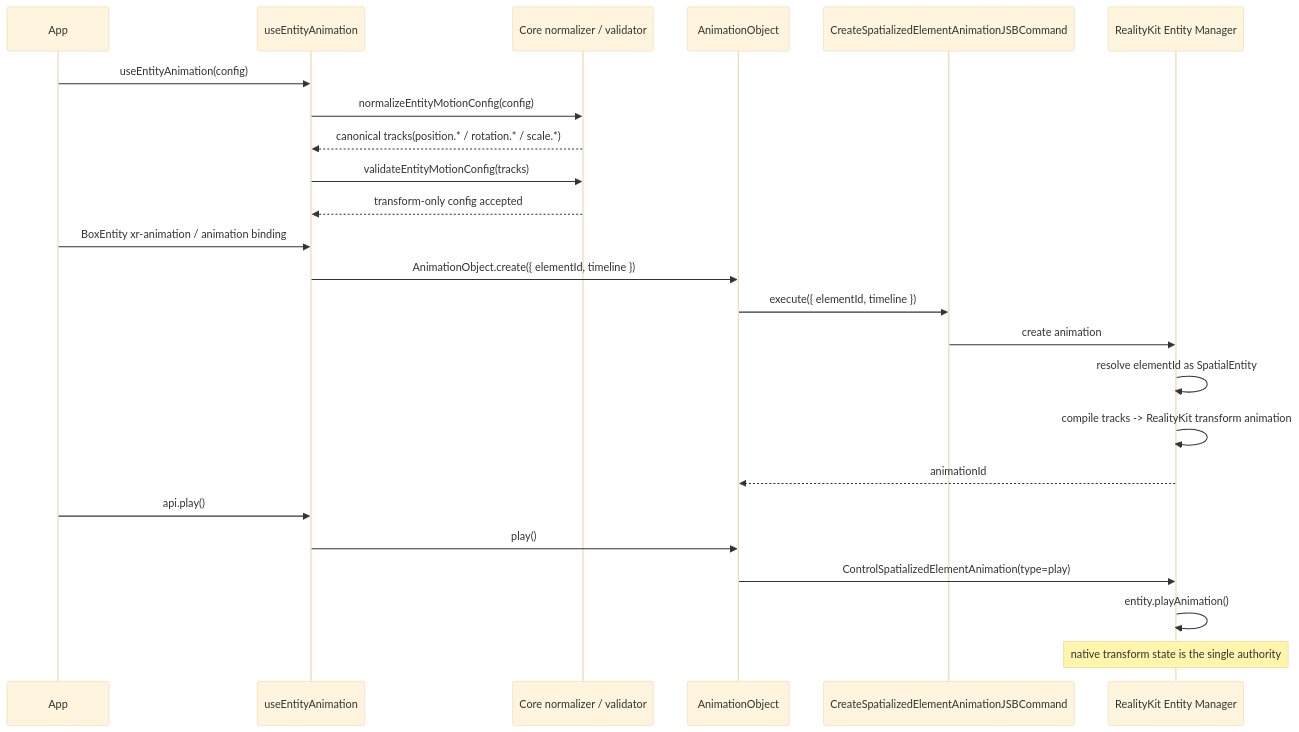
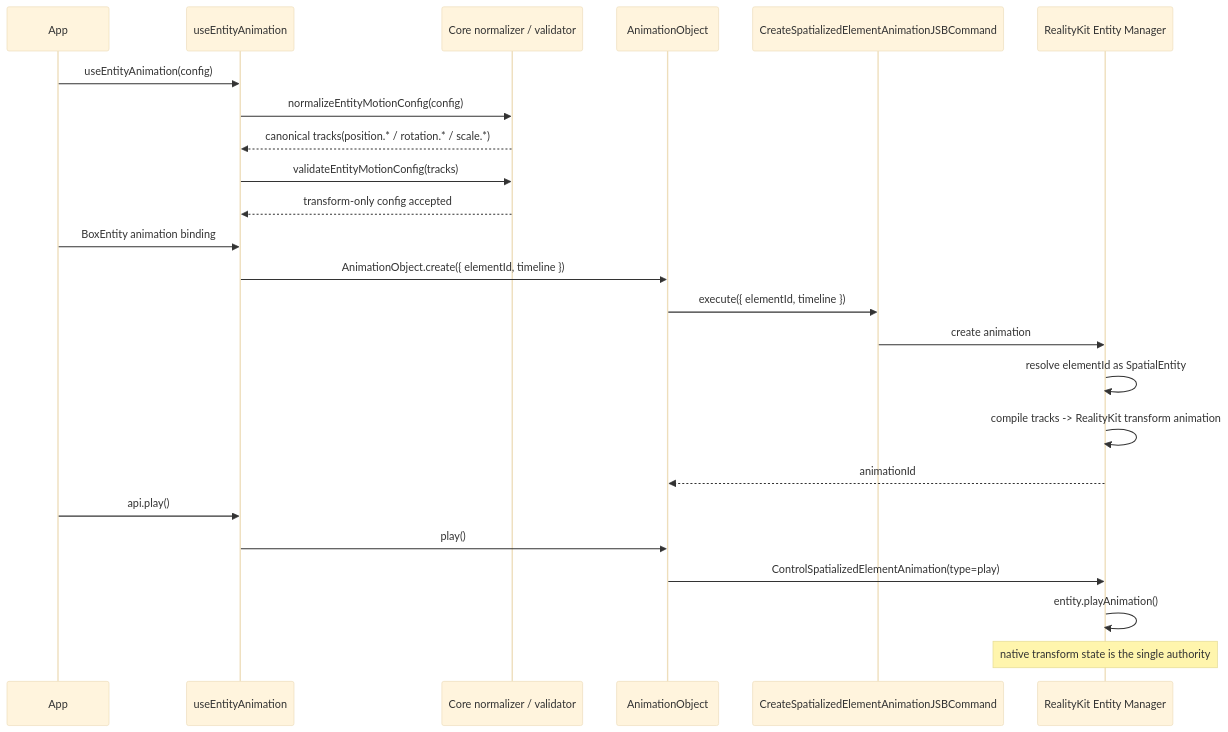
One commit to webspatial/webspatial-sdk changed the second of 11 diagrams in openspec/changes/redesign-entity-motion-api/design.md. Above: the diagram before and after it, drawn with Mermaid (base theme). The commit also changed other lines of this file and 10 other files, not shown here.

````diff
--- a/openspec/changes/redesign-entity-motion-api/design.md
+++ b/openspec/changes/redesign-entity-motion-api/design.md
@@ -234,27 +232,27 @@
 ```mermaid
 sequenceDiagram
     participant App
     participant Hook as useEntityAnimation
     participant Core as Core normalizer / validator
     participant Obj as AnimationObject
     participant JSB as CreateSpatializedElementAnimationJSBCommand
     participant Native as RealityKit Entity Manager
 
     App->>Hook: useEntityAnimation(config)
     Hook->>Core: normalizeEntityMotionConfig(config)
     Core-->>Hook: canonical tracks(position.* / rotation.* / scale.*)
     Hook->>Core: validateEntityMotionConfig(tracks)
     Core-->>Hook: transform-only config accepted
-    App->>Hook: BoxEntity xr-animation / animation binding
+    App->>Hook: BoxEntity animation binding
     Hook->>Obj: AnimationObject.create({ elementId, timeline })
     Obj->>JSB: execute({ elementId, timeline })
     JSB->>Native: create animation
     Native->>Native: resolve elementId as SpatialEntity
     Native->>Native: compile tracks -> RealityKit transform animation
     Native-->>Obj: animationId
     App->>Hook: api.play()
     Hook->>Obj: play()
     Obj->>Native: ControlSpatializedElementAnimation(type=play)
     Native->>Native: entity.playAnimation()
     Note over Native: native transform state is the single authority
 ```
````
